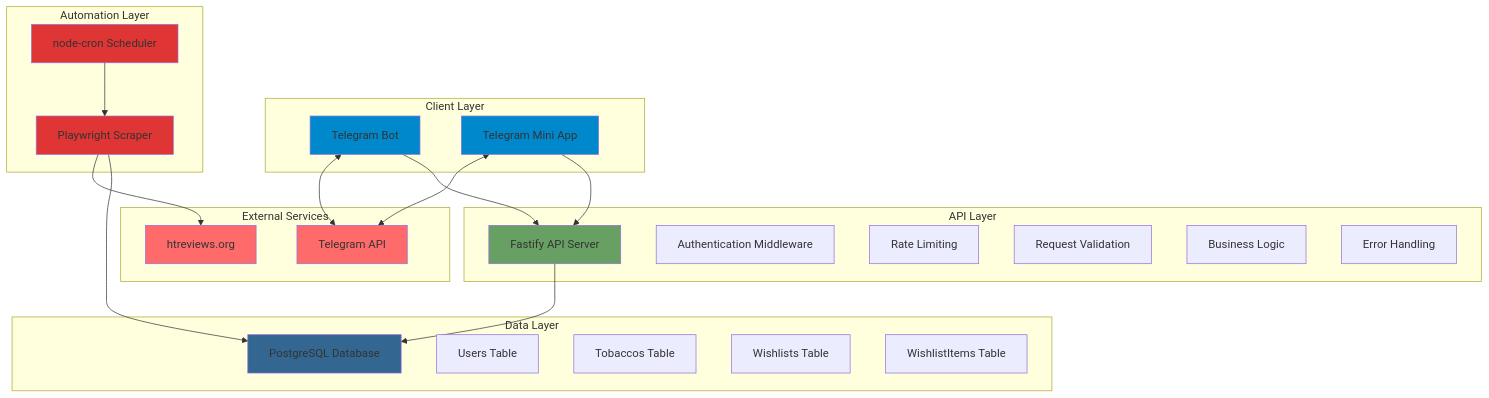
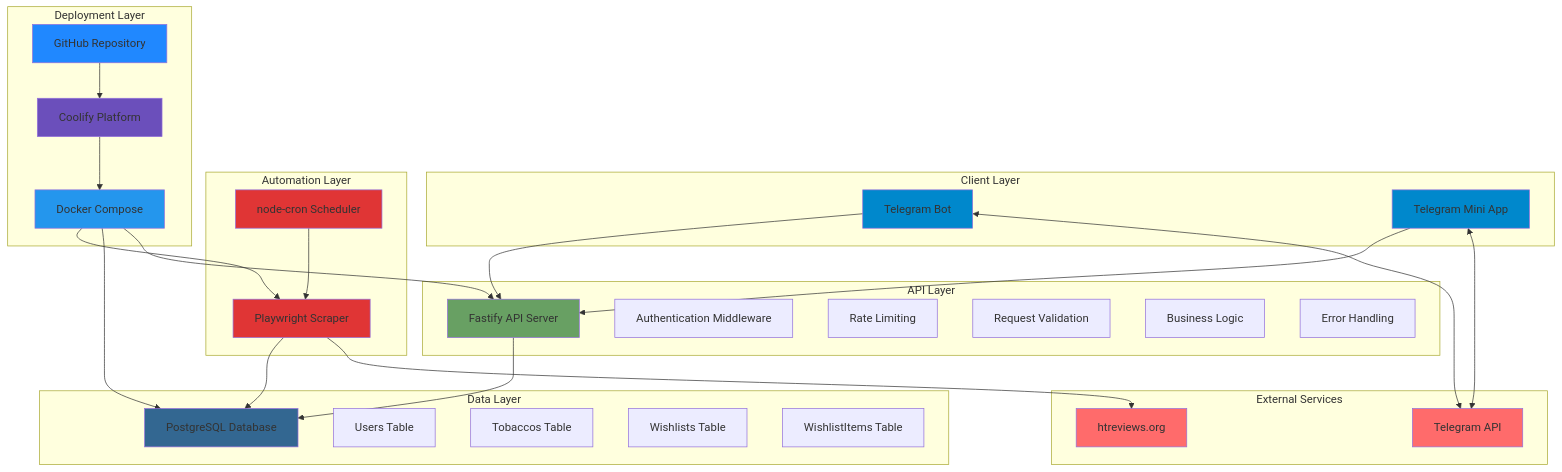
The first of 10 diagrams in plans/02-system-architecture.md (Zenderg/hookah-wishlist), drawn with Mermaid before and after one commit. The commit also changed other lines of this file and 11 other files, not shown here.

````diff
--- a/plans/02-system-architecture.md
+++ b/plans/02-system-architecture.md
@@ -9,52 +9,66 @@
 ```mermaid
 graph TB
     subgraph "Client Layer"
         A[Telegram Bot]
         B[Telegram Mini App]
     end
     
     subgraph "API Layer"
         C[Fastify API Server]
         C1[Authentication Middleware]
         C2[Rate Limiting]
         C3[Request Validation]
         C4[Business Logic]
         C5[Error Handling]
     end
     
     subgraph "Data Layer"
         D[PostgreSQL Database]
         D1[Users Table]
         D2[Tobaccos Table]
         D3[Wishlists Table]
         D4[WishlistItems Table]
     end
     
     subgraph "Automation Layer"
         E[Playwright Scraper]
         F[node-cron Scheduler]
     end
     
     subgraph "External Services"
         G[Telegram API]
         H[htreviews.org]
     end
     
+    subgraph "Deployment Layer"
+        I[Docker Compose]
+        J[Coolify Platform]
+        K[GitHub Repository]
+    end
+    
     A <--> G
     B <--> G
     A --> C
     B --> C
     C --> D
     F --> E
     E --> H
     E --> D
+    K --> J
+    J --> I
+    I --> C
+    I --> D
+    I --> E
     
     style A fill:#0088cc
     style B fill:#0088cc
     style C fill:#68a063
     style D fill:#336791
     style E fill:#e03535
     style F fill:#e03535
     style G fill:#ff6b6b
     style H fill:#ff6b6b
+    style I fill:#2496ed
+    style J fill:#6b4fbb
+    style K fill:#2088ff
 ```
````
